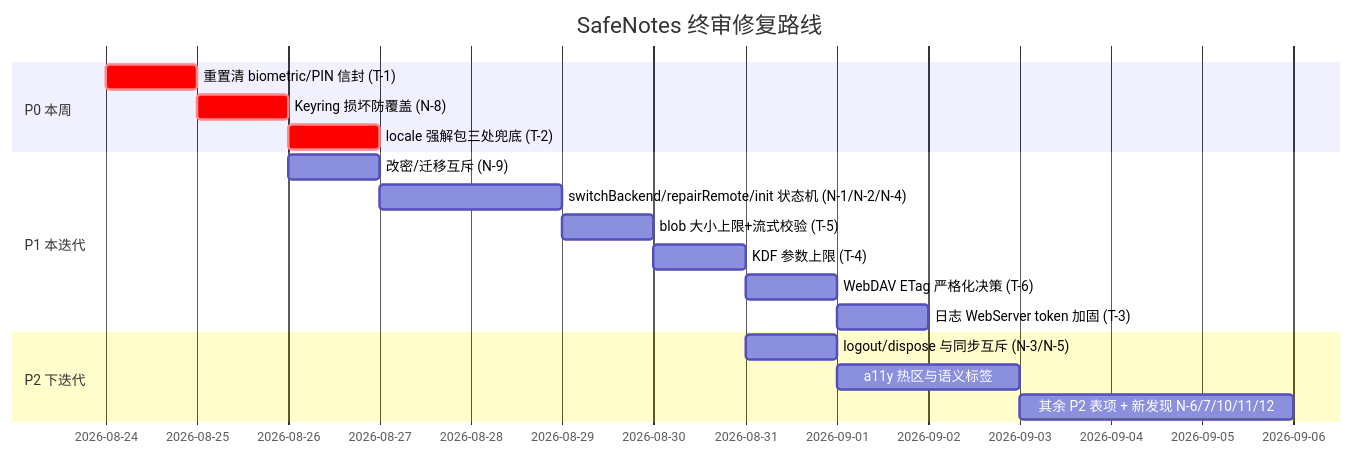
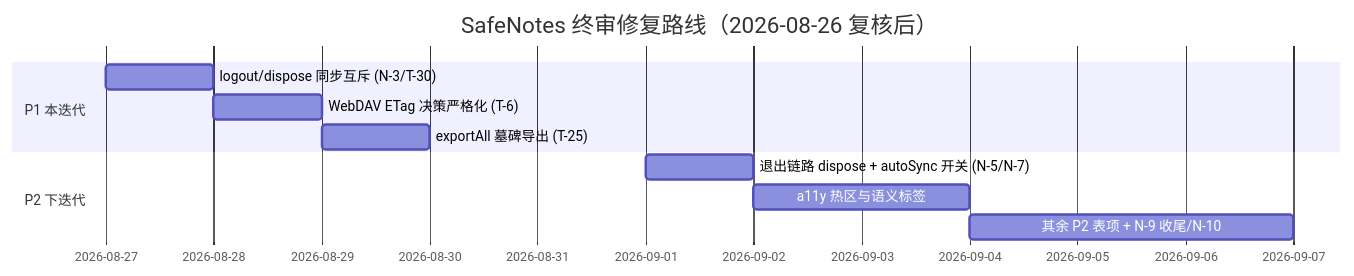
One commit to mcxiaoke/CarroNote changed the diagram in docs/consolidated-code-review-final.md. Above: the diagram before and after it, drawn with Mermaid. The commit also changed other lines of this file and 9 other files, not shown here.

````diff
--- a/docs/consolidated-code-review-final.md
+++ b/docs/consolidated-code-review-final.md
@@ -165,20 +118,13 @@
 ```mermaid
 gantt
-    title SafeNotes 终审修复路线
+    title SafeNotes 终审修复路线（2026-08-26 复核后）
     dateFormat YYYY-MM-DD
-    section P0 本周
-    重置清 biometric/PIN 信封 (T-1)      :crit, t1, 2026-08-24, 1d
-    Keyring 损坏防覆盖 (N-8)             :crit, t2, after t1, 1d
-    locale 强解包三处兜底 (T-2)          :crit, t3, after t2, 0.5d
     section P1 本迭代
-    改密/迁移互斥 (N-9)                  :t4, 2026-08-26, 1d
-    switchBackend/repairRemote/init 状态机 (N-1/N-2/N-4) :t5, after t4, 2d
-    blob 大小上限+流式校验 (T-5)         :t6, after t5, 1d
-    KDF 参数上限 (T-4)                   :t7, after t6, 0.5d
-    WebDAV ETag 严格化决策 (T-6)         :t8, after t7, 1d
-    日志 WebServer token 加固 (T-3)      :t9, after t8, 1d
+    logout/dispose 同步互斥 (N-3/T-30)   :t1, 2026-08-27, 1d
+    WebDAV ETag 决策严格化 (T-6)         :t2, after t1, 1d
+    exportAll 墓碑导出 (T-25)            :t3, after t2, 0.5d
     section P2 下迭代
-    logout/dispose 与同步互斥 (N-3/N-5)  :t10, 2026-08-31, 1d
-    a11y 热区与语义标签                  :t11, after t10, 2d
-    其余 P2 表项 + 新发现 N-6/7/10/11/12 :t12, after t11, 3d
+    退出链路 dispose + autoSync 开关 (N-5/N-7) :t4, 2026-09-01, 1d
+    a11y 热区与语义标签                  :t5, after t4, 2d
+    其余 P2 表项 + N-9 收尾/N-10        :t6, after t5, 3d
 ```
````
